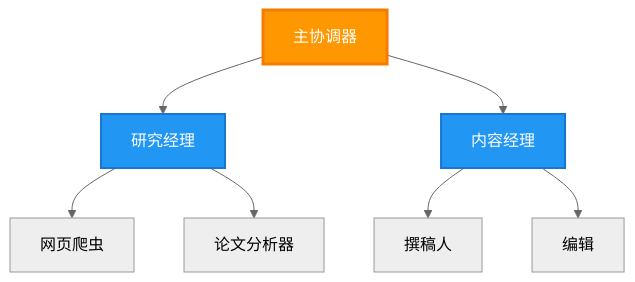
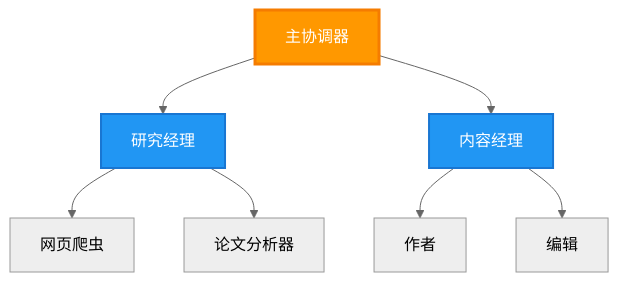
Before and after one commit to microsoft/AZD-for-beginners: the third of 6 diagrams in translations/zh-CN/docs/chapter-06-pre-deployment/coordination-patterns.md, drawn with Mermaid (neutral theme). The commit also changed other lines of this file and 101 other files, not shown here.

````diff
--- a/translations/zh-CN/docs/chapter-06-pre-deployment/coordination-patterns.md
+++ b/translations/zh-CN/docs/chapter-06-pre-deployment/coordination-patterns.md
@@ -149,21 +144,21 @@
 ```mermaid
 graph TB
     Master[主协调器]
     Manager1[研究经理]
     Manager2[内容经理]
     W1[网页爬虫]
     W2[论文分析器]
-    W3[撰稿人]
+    W3[作者]
     W4[编辑]
     
     Master --> Manager1
     Master --> Manager2
     Manager1 --> W1
     Manager1 --> W2
     Manager2 --> W3
     Manager2 --> W4
     
     style Master fill:#FF9800,stroke:#F57C00,stroke-width:3px,color:#fff
     style Manager1 fill:#2196F3,stroke:#1976D2,stroke-width:2px,color:#fff
     style Manager2 fill:#2196F3,stroke:#1976D2,stroke-width:2px,color:#fff
 ```
````
